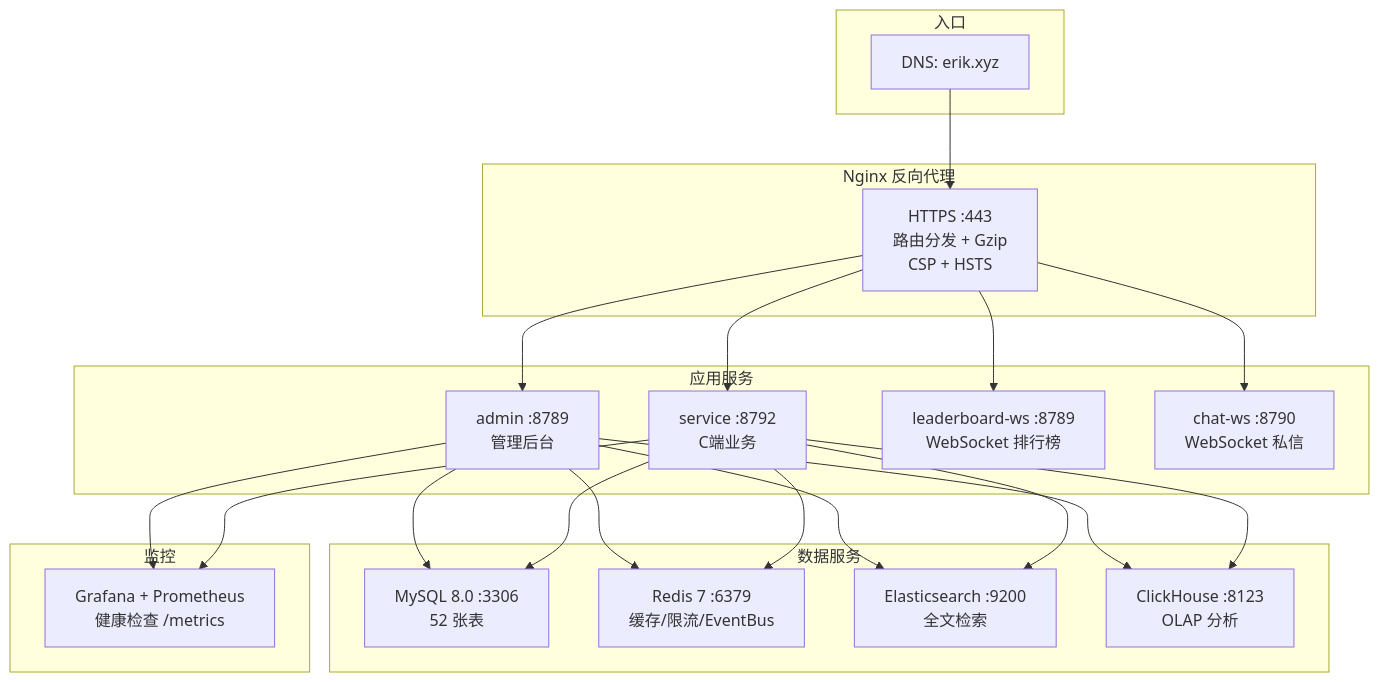
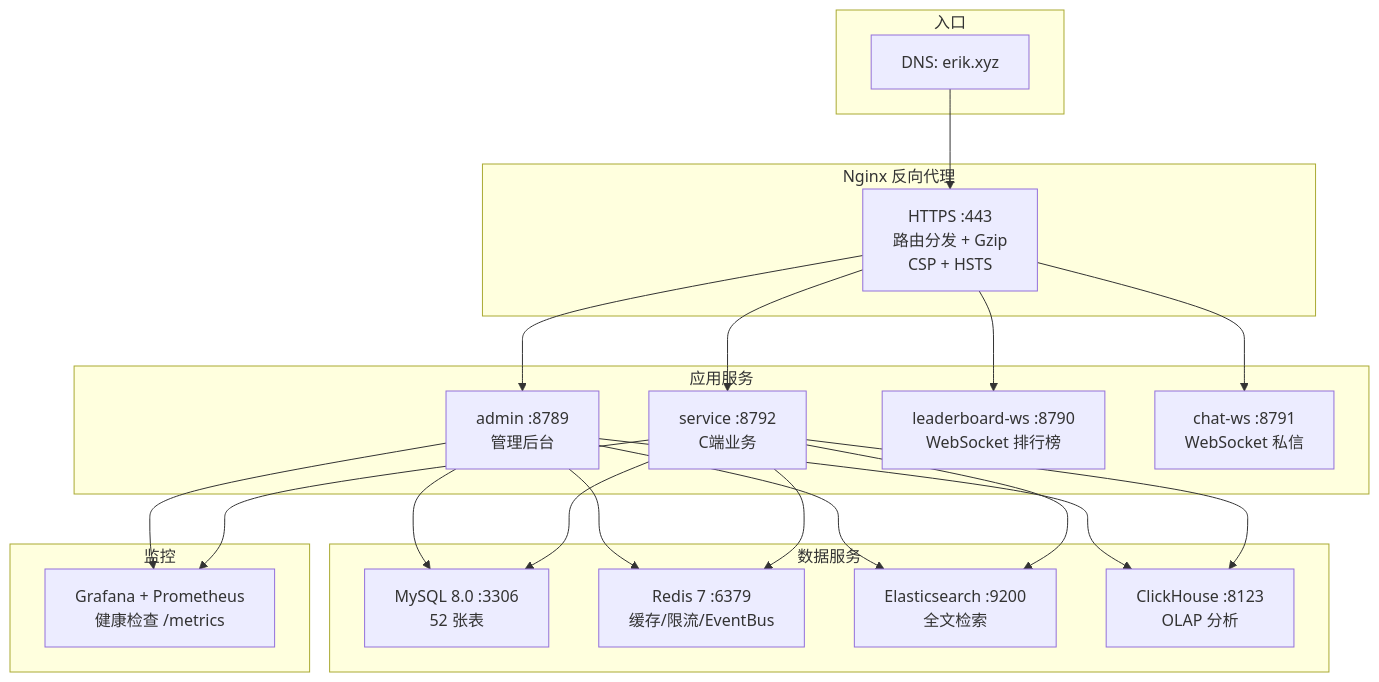
The diagram in admin/docs/diagrams/12-deployment.bn.md (erikwang2013/game-platform-php), drawn with Mermaid before and after one commit. The commit also changed 25 other files, not shown here.

````diff
--- a/admin/docs/diagrams/12-deployment.bn.md
+++ b/admin/docs/diagrams/12-deployment.bn.md
@@ -7,33 +7,33 @@
 ```mermaid
 flowchart TB
     subgraph "入口"
         DNS["DNS: erik.xyz"]
     end
 
     subgraph "Nginx 反向代理"
         NGX["HTTPS :443<br/>路由分发 + Gzip<br/>CSP + HSTS"]
     end
 
     subgraph "应用服务"
         ADM["admin :8789<br/>管理后台"]
         SVC["service :8792<br/>C端业务"]
-        LB["leaderboard-ws :8789<br/>WebSocket 排行榜"]
-        CHAT["chat-ws :8790<br/>WebSocket 私信"]
+        LB["leaderboard-ws :8790<br/>WebSocket 排行榜"]
+        CHAT["chat-ws :8791<br/>WebSocket 私信"]
     end
 
     subgraph "数据服务"
         MYSQL["MySQL 8.0 :3306<br/>52 张表"]
         REDIS["Redis 7 :6379<br/>缓存/限流/EventBus"]
         ES["Elasticsearch :9200<br/>全文检索"]
         CH["ClickHouse :8123<br/>OLAP 分析"]
     end
 
     subgraph "监控"
         MON["Grafana + Prometheus<br/>健康检查 /metrics"]
     end
 
     DNS --> NGX
     NGX --> ADM & SVC & LB & CHAT
     ADM & SVC --> MYSQL & REDIS & ES & CH
     ADM & SVC --> MON
 ```
````
